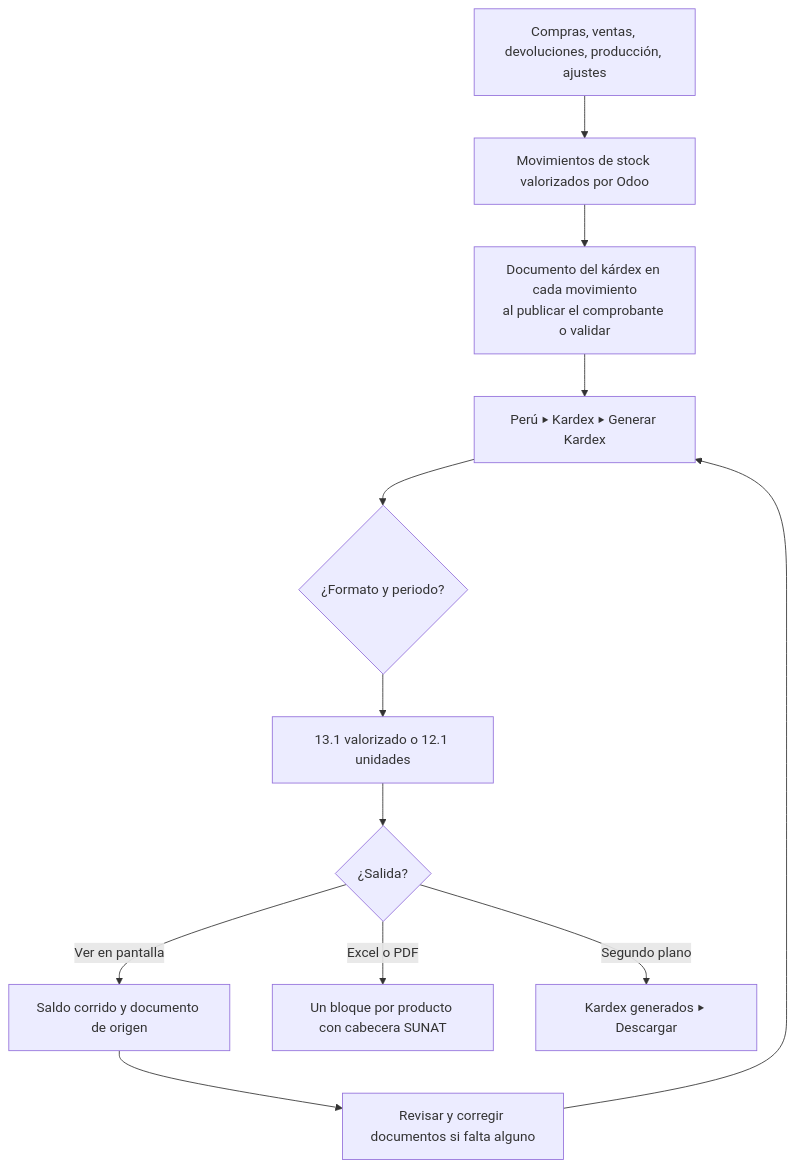
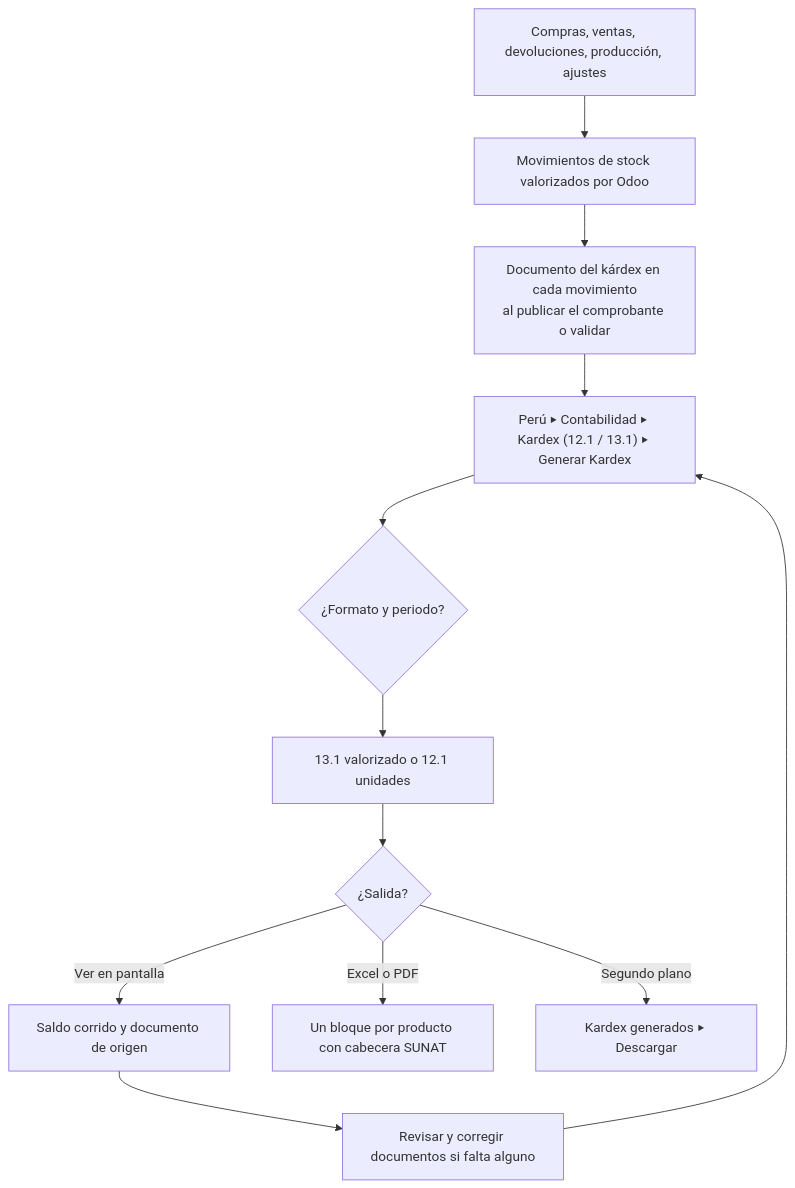
Before and after one commit to olanoit/ol_new_apps: the diagram in mkdocs/content/applications/inventory_and_mrp/inventory/kardex.md, drawn with Mermaid. The commit also changed other lines of this file and 251 other files, not shown here.

First line of the commit message:
[IMP] menús de la app Perú y de Nómina organizados como Contabilidad

````diff
--- a/mkdocs/content/applications/inventory_and_mrp/inventory/kardex.md
+++ b/mkdocs/content/applications/inventory_and_mrp/inventory/kardex.md
@@ -57,14 +57,14 @@
 ```mermaid
 flowchart TD
     A["Compras, ventas, devoluciones, producción, ajustes"] --> B["Movimientos de stock valorizados por Odoo"]
     B --> C["Documento del kárdex en cada movimiento<br/>al publicar el comprobante o validar"]
-    C --> D["Perú ‣ Kardex ‣ Generar Kardex"]
+    C --> D["Perú ‣ Contabilidad ‣ Kardex (12.1 / 13.1) ‣ Generar Kardex"]
     D --> E{"¿Formato y periodo?"}
     E --> F["13.1 valorizado o 12.1 unidades"]
     F --> G{"¿Salida?"}
     G -- "Ver en pantalla" --> H["Saldo corrido y documento de origen"]
     G -- "Excel o PDF" --> I["Un bloque por producto con cabecera SUNAT"]
     G -- "Segundo plano" --> J["Kardex generados ‣ Descargar"]
     H --> K["Revisar y corregir documentos si falta alguno"]
     K --> D
 ```
````
